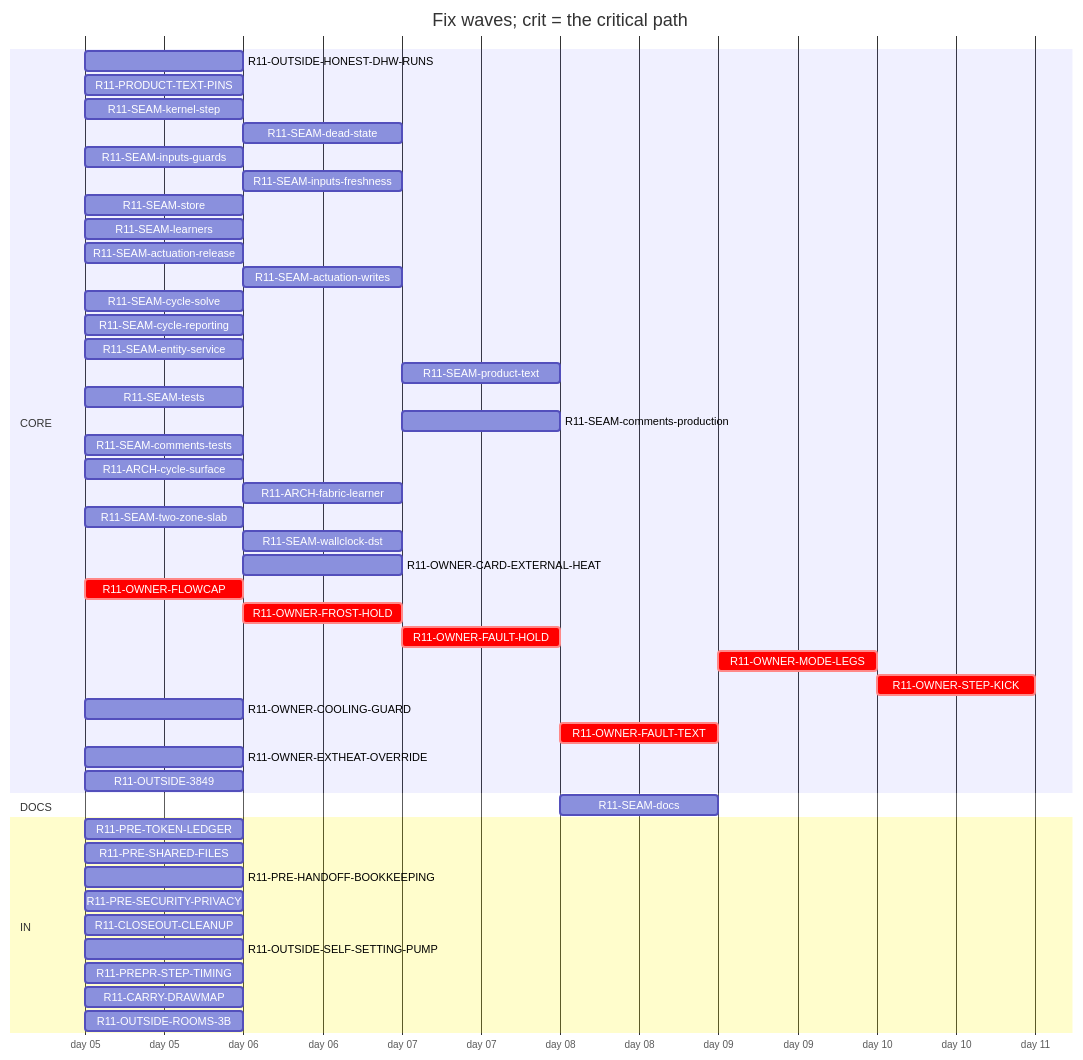
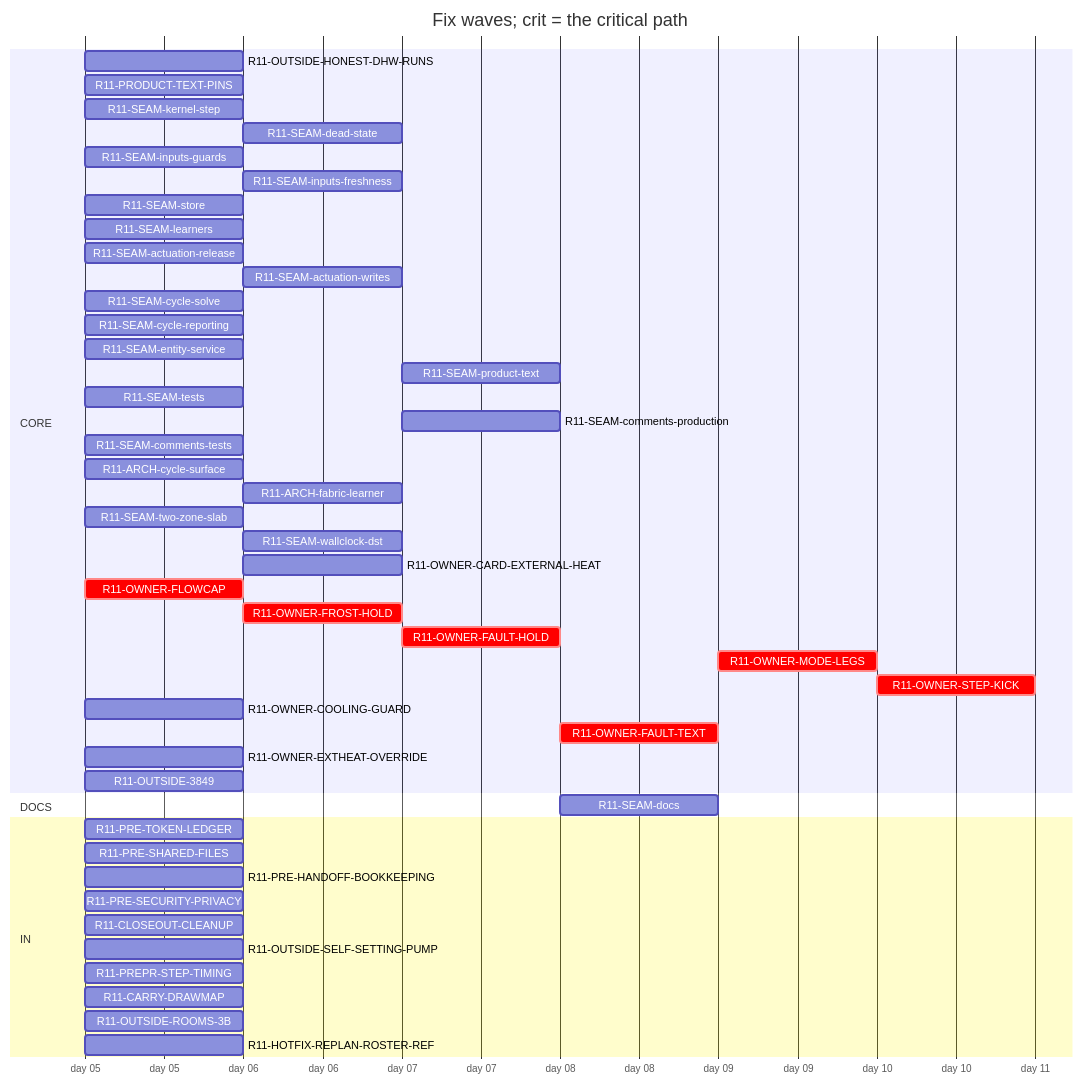
One commit to tvofi/heatpump_optimizer changed the diagram in handoff/round11/state/PLAN-TABLE.md. Above: the diagram before and after it, drawn with Mermaid. The commit also changed other lines of this file and 4 other files, not shown here.

Commit message:
state: FLOW-BOARD.md, NEXT-SESSION-PROMPT.md, PLAN-TABLE.md, PLAN.html, RESUME-CURRENT.md regenerated (state_docs.py)

````diff
--- a/handoff/round11/state/PLAN-TABLE.md
+++ b/handoff/round11/state/PLAN-TABLE.md
@@ -16,50 +16,51 @@
 ```mermaid
 gantt
   title Fix waves; crit = the critical path
   dateFormat YYYY-MM-DD
   axisFormat day %d
   section CORE
     R11-OUTSIDE-HONEST-DHW-RUNS :r11OUTSIDEHONESTDHWRUNS, 2026-01-05, 1d
     R11-PRODUCT-TEXT-PINS :r11PRODUCTTEXTPINS, 2026-01-05, 1d
     R11-SEAM-kernel-step :r11SEAMkernelstep, 2026-01-05, 1d
     R11-SEAM-dead-state :r11SEAMdeadstate, after r11SEAMstore, 1d
     R11-SEAM-inputs-guards :r11SEAMinputsguards, 2026-01-05, 1d
     R11-SEAM-inputs-freshness :r11SEAMinputsfreshness, after r11SEAMkernelstep, 1d
     R11-SEAM-store :r11SEAMstore, 2026-01-05, 1d
     R11-SEAM-learners :r11SEAMlearners, 2026-01-05, 1d
     R11-SEAM-actuation-release :r11SEAMactuationrelease, 2026-01-05, 1d
     R11-SEAM-actuation-writes :r11SEAMactuationwrites, after r11SEAMkernelstep r11SEAMactuationrelease, 1d
     R11-SEAM-cycle-solve :r11SEAMcyclesolve, 2026-01-05, 1d
     R11-SEAM-cycle-reporting :r11SEAMcyclereporting, 2026-01-05, 1d
     R11-SEAM-entity-service :r11SEAMentityservice, 2026-01-05, 1d
     R11-SEAM-product-text :r11SEAMproducttext, after r11SEAMactuationrelease r11SEAMactuationwrites r11SEAMentityservice r11SEAMinputsguards r11SEAMinputsfreshness r11SEAMcyclesolve r11SEAMcyclereporting, 1d
     R11-SEAM-tests :r11SEAMtests, 2026-01-05, 1d
     R11-SEAM-comments-production :r11SEAMcommentsproduction, after r11SEAMactuationrelease r11SEAMactuationwrites r11SEAMentityservice r11SEAMinputsguards r11SEAMinputsfreshness r11SEAMcyclesolve r11SEAMcyclereporting, 1d
     R11-SEAM-comments-tests :r11SEAMcommentstests, 2026-01-05, 1d
     R11-ARCH-cycle-surface :r11ARCHcyclesurface, 2026-01-05, 1d
     R11-ARCH-fabric-learner :r11ARCHfabriclearner, after r11SEAMlearners, 1d
     R11-SEAM-two-zone-slab :r11SEAMtwozoneslab, 2026-01-05, 1d
     R11-SEAM-wallclock-dst :r11SEAMwallclockdst, after r11SEAMkernelstep, 1d
     R11-OWNER-CARD-EXTERNAL-HEAT :r11OWNERCARDEXTERNALHEAT, after r11OWNEREXTHEATOVERRIDE, 1d
     R11-OWNER-FLOWCAP :crit, r11OWNERFLOWCAP, 2026-01-05, 1d
     R11-OWNER-FROST-HOLD :crit, r11OWNERFROSTHOLD, after r11OWNERFLOWCAP, 1d
     R11-OWNER-FAULT-HOLD :crit, r11OWNERFAULTHOLD, after r11OWNERFROSTHOLD, 1d
     R11-OWNER-MODE-LEGS :crit, r11OWNERMODELEGS, after r11OWNERFAULTTEXT, 1d
     R11-OWNER-STEP-KICK :crit, r11OWNERSTEPKICK, after r11OWNERMODELEGS, 1d
     R11-OWNER-COOLING-GUARD :r11OWNERCOOLINGGUARD, 2026-01-05, 1d
     R11-OWNER-FAULT-TEXT :crit, r11OWNERFAULTTEXT, after r11OWNERFAULTHOLD, 1d
     R11-OWNER-EXTHEAT-OVERRIDE :r11OWNEREXTHEATOVERRIDE, 2026-01-05, 1d
     R11-OUTSIDE-3849 :r11OUTSIDE3849, 2026-01-05, 1d
   section DOCS
     R11-SEAM-docs :r11SEAMdocs, after r11SEAMlearners r11SEAMactuationrelease r11SEAMactuationwrites r11SEAMentityservice r11SEAMinputsguards r11SEAMinputsfreshness r11SEAMcyclesolve r11SEAMcyclereporting r11SEAMproducttext, 1d
   section IN
     R11-PRE-TOKEN-LEDGER :r11PRETOKENLEDGER, 2026-01-05, 1d
     R11-PRE-SHARED-FILES :r11PRESHAREDFILES, 2026-01-05, 1d
     R11-PRE-HANDOFF-BOOKKEEPING :r11PREHANDOFFBOOKKEEPING, 2026-01-05, 1d
     R11-PRE-SECURITY-PRIVACY :r11PRESECURITYPRIVACY, 2026-01-05, 1d
     R11-CLOSEOUT-CLEANUP :r11CLOSEOUTCLEANUP, 2026-01-05, 1d
     R11-OUTSIDE-SELF-SETTING-PUMP :r11OUTSIDESELFSETTINGPUMP, 2026-01-05, 1d
     R11-PREPR-STEP-TIMING :r11PREPRSTEPTIMING, 2026-01-05, 1d
     R11-CARRY-DRAWMAP :r11CARRYDRAWMAP, 2026-01-05, 1d
     R11-OUTSIDE-ROOMS-3B :r11OUTSIDEROOMS3B, 2026-01-05, 1d
+    R11-HOTFIX-REPLAN-ROSTER-REF :r11HOTFIXREPLANROSTERREF, 2026-01-05, 1d
 ```
````
